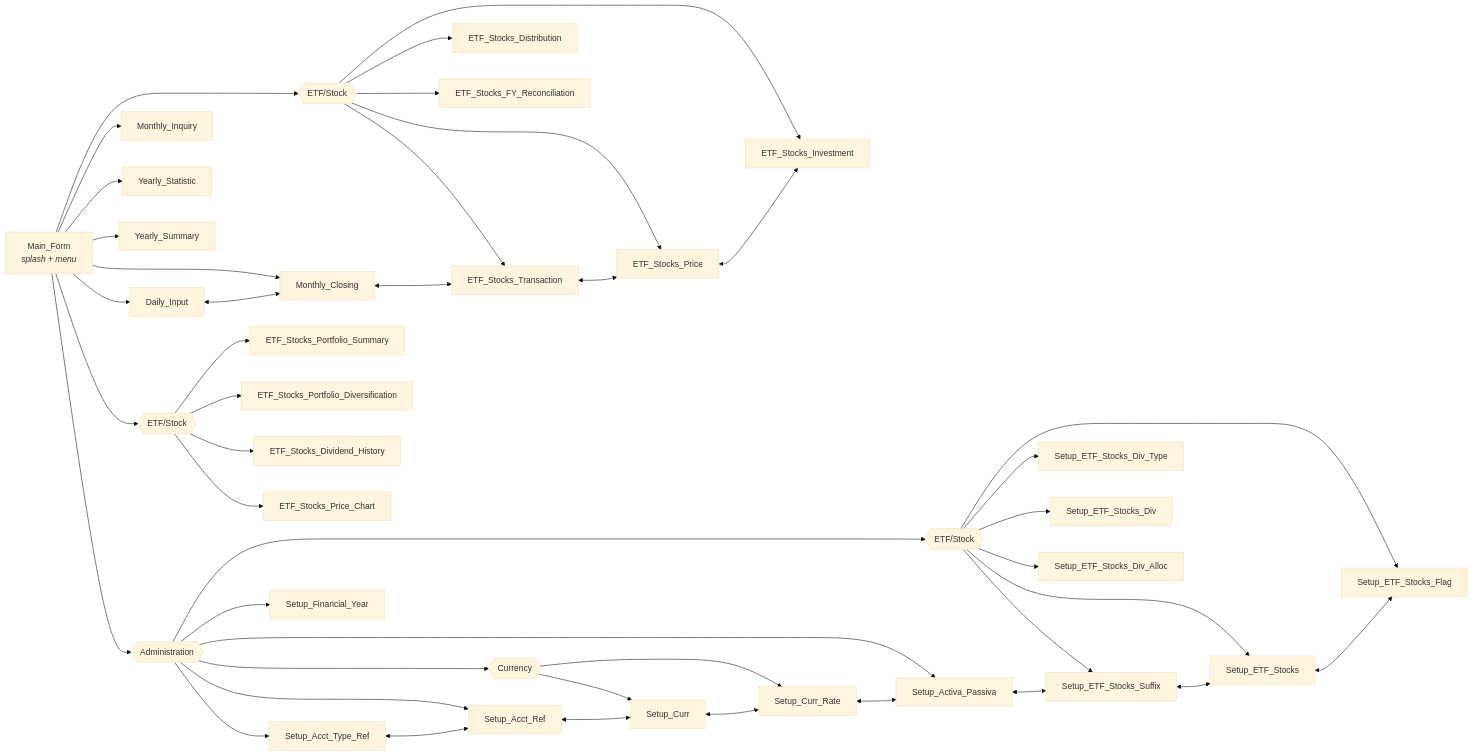
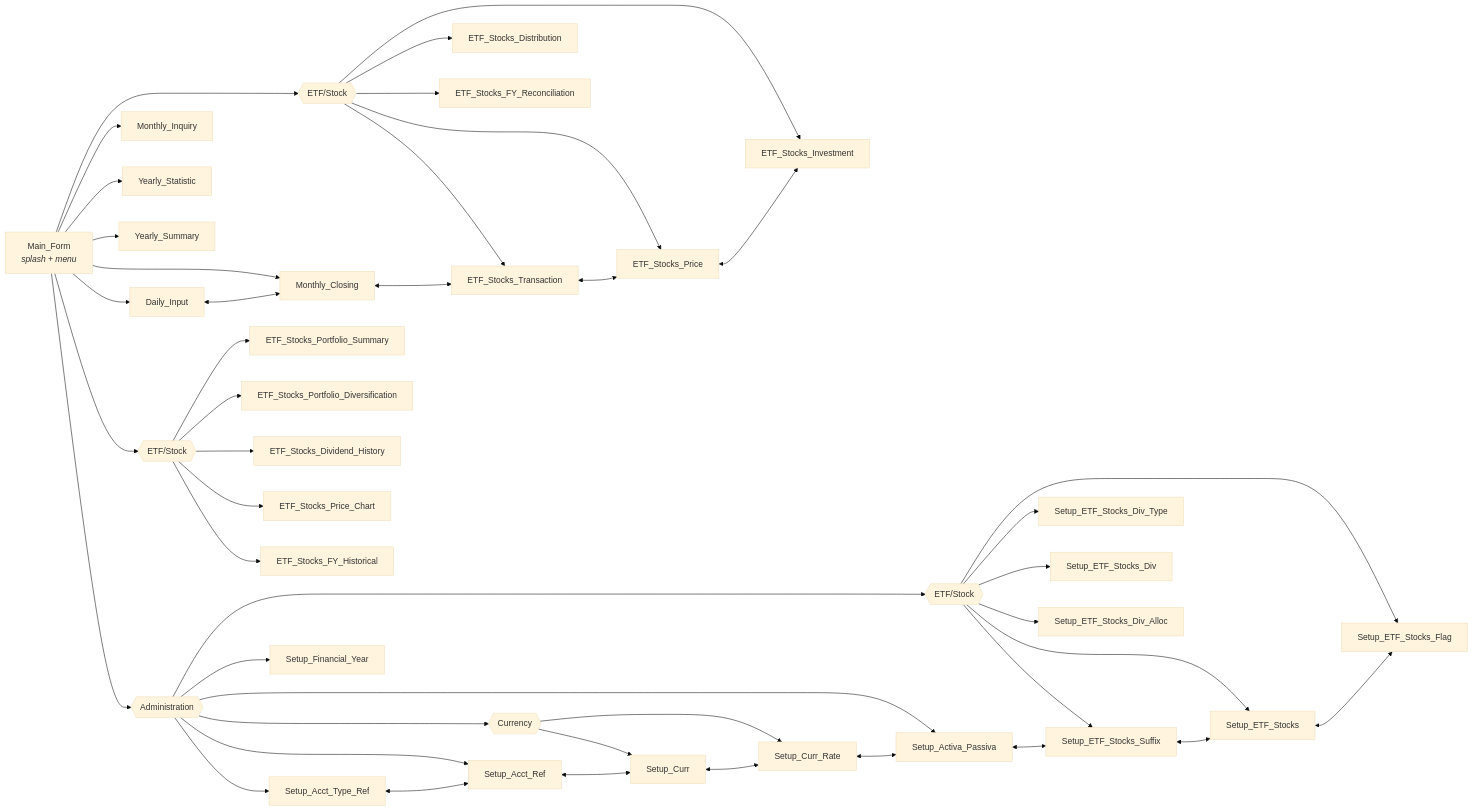
The second of 3 diagrams in README.md (oscar-rijadi/FinancialBalance), drawn with Mermaid (base theme) before and after one commit. The commit also changed other lines of this file and 32 other files, not shown here.

````diff
--- a/README.md
+++ b/README.md
@@ -101,50 +101,51 @@
 ```mermaid
 flowchart LR
     MAIN["Main_Form<br/><i>splash + menu</i>"]
 
     MAIN --> DI["Daily_Input"]
     MAIN --> MC["Monthly_Closing"]
     MAIN --> PETFG{{"ETF/Stock"}}
     PETFG --> ETP["ETF_Stocks_Price"]
     PETFG --> ETI["ETF_Stocks_Investment"]
     PETFG --> ETX["ETF_Stocks_Transaction"]
     PETFG --> ETD["ETF_Stocks_Distribution"]
     PETFG --> ETR["ETF_Stocks_FY_Reconciliation"]
     MAIN --> MI["Monthly_Inquiry"]
     MAIN --> YT["Yearly_Statistic"]
     MAIN --> YS["Yearly_Summary"]
     MAIN --> PORTG{{"ETF/Stock"}}
     PORTG --> PSUM["ETF_Stocks_Portfolio_Summary"]
     PORTG --> PDIV["ETF_Stocks_Portfolio_Diversification"]
     PORTG --> PDVH["ETF_Stocks_Dividend_History"]
     PORTG --> PPCH["ETF_Stocks_Price_Chart"]
+    PORTG --> PFYH["ETF_Stocks_FY_Historical"]
 
     MAIN --> ADMIN{{"Administration"}}
     ADMIN --> SATR["Setup_Acct_Type_Ref"]
     ADMIN --> SAR["Setup_Acct_Ref"]
     ADMIN --> CURG{{"Currency"}}
     CURG --> SC["Setup_Curr"]
     CURG --> SCR["Setup_Curr_Rate"]
     ADMIN --> SAP["Setup_Activa_Passiva"]
     ADMIN --> SFY["Setup_Financial_Year"]
     ADMIN --> ETFG{{"ETF/Stock"}}
     ETFG --> SES["Setup_ETF_Stocks_Suffix"]
     ETFG --> SET["Setup_ETF_Stocks"]
     ETFG --> SEF["Setup_ETF_Stocks_Flag"]
     ETFG --> SDT["Setup_ETF_Stocks_Div_Type"]
     ETFG --> SDV["Setup_ETF_Stocks_Div"]
     ETFG --> SDA["Setup_ETF_Stocks_Div_Alloc"]
 
     DI <--> MC
     MC <--> ETX
     ETX <--> ETP
     ETP <--> ETI
 
     SATR <--> SAR
     SAR <--> SC
     SC <--> SCR
     SCR <--> SAP
     SAP <--> SES
     SES <--> SET
     SET <--> SEF
 ```
````
